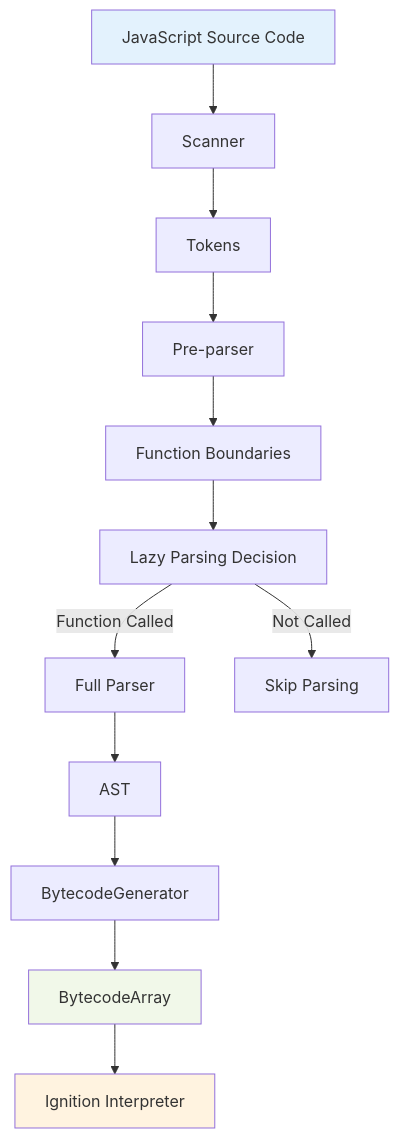
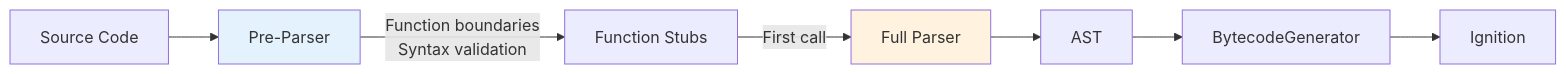
One commit to sujeet-pro/legacy-personal-site changed the second of 4 diagrams in v4/content/articles/browser-runtime-internals/js-runtime-internals/v8-engine-architecture/README.md. Above: the diagram before and after it, drawn with Mermaid. The commit also changed other lines of this file and 115 other files, not shown here.

````diff
--- a/v4/content/articles/browser-runtime-internals/js-runtime-internals/v8-engine-architecture/README.md
+++ b/v4/content/articles/browser-runtime-internals/js-runtime-internals/v8-engine-architecture/README.md
@@ -129,18 +102,12 @@
 ```mermaid
-flowchart TD
-    A[JavaScript Source Code] --> B[Scanner]
-    B --> C[Tokens]
-    C --> D[Pre-parser]
-    D --> E[Function Boundaries]
-    E --> F[Lazy Parsing Decision]
-    F -->|Function Called| G[Full Parser]
-    F -->|Not Called| H[Skip Parsing]
-    G --> I[AST]
-    I --> J[BytecodeGenerator]
-    J --> K[BytecodeArray]
-    K --> L[Ignition Interpreter]
+flowchart LR
+    Source[Source Code] --> PreParser[Pre-Parser]
+    PreParser -->|"Function boundaries<br/>Syntax validation"| Stubs[Function Stubs]
+    Stubs -->|"First call"| FullParser[Full Parser]
+    FullParser --> AST
+    AST --> Bytecode[BytecodeGenerator]
+    Bytecode --> Ignition
 
-    style A fill:#e3f2fd
-    style K fill:#f1f8e9
-    style L fill:#fff3e0
+    style PreParser fill:#e3f2fd
+    style FullParser fill:#fff3e0
 ```
````
